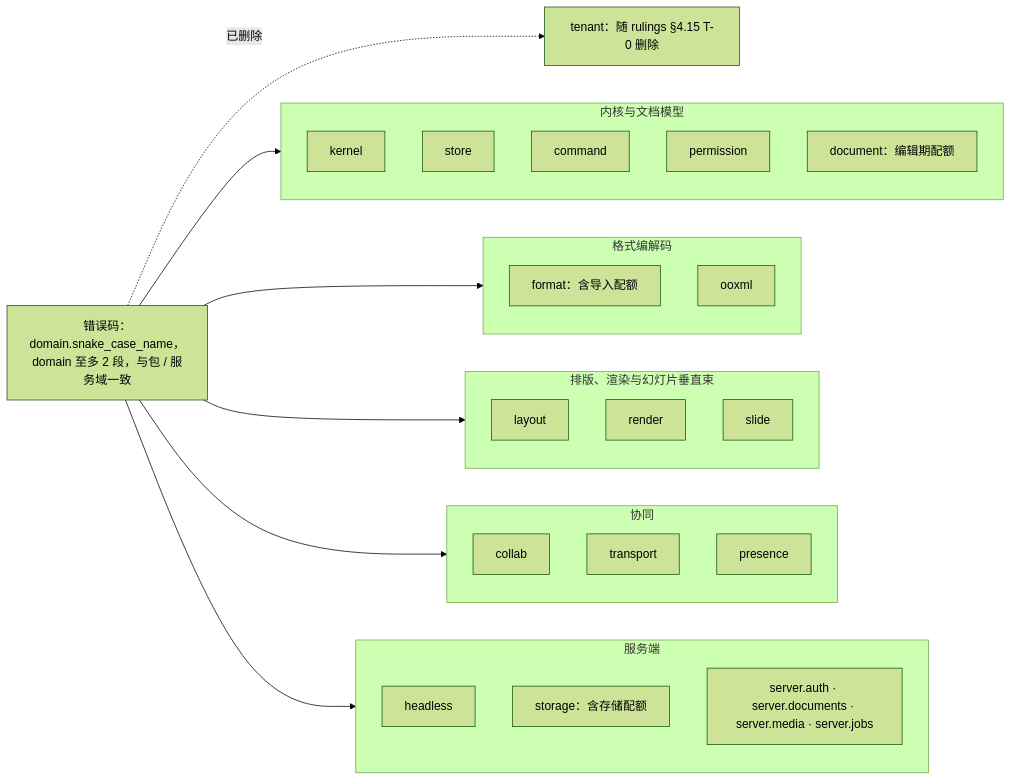
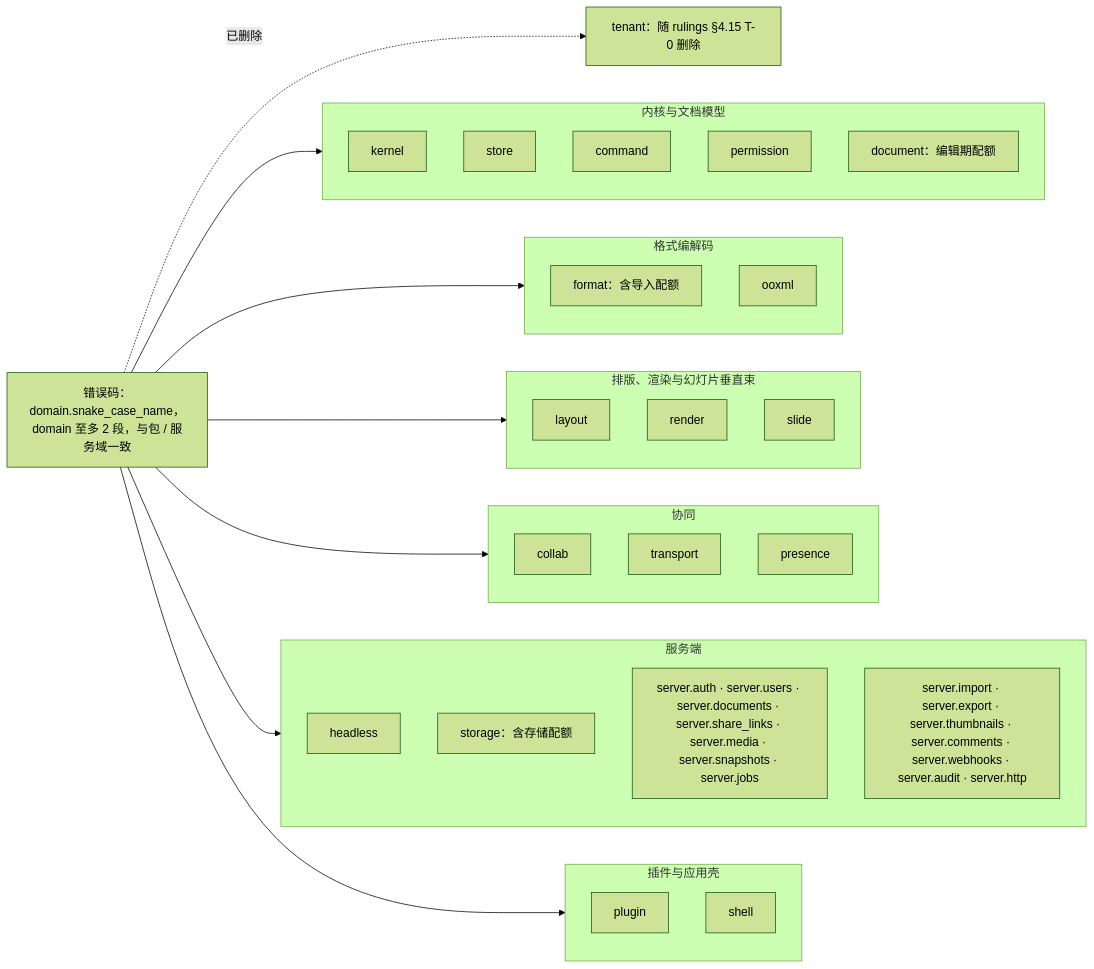
Before and after one commit to Xeonice/cordis-ppt-editor: the second of 8 diagrams in docs/30-architecture/10-observability-and-errors.md, drawn with Mermaid (forest theme). The commit also changed other lines of this file and 79 other files, not shown here.

````diff
--- a/docs/30-architecture/10-observability-and-errors.md
+++ b/docs/30-architecture/10-observability-and-errors.md
@@ -74,33 +74,38 @@
 ```mermaid
 flowchart LR
   code["错误码：domain.snake_case_name，domain 至多 2 段，与包 / 服务域一致"]
   subgraph coreG["内核与文档模型"]
     dKernel["kernel"]
     dStore["store"]
     dCommand["command"]
     dPermission["permission"]
     dDocument["document：编辑期配额"]
   end
   subgraph formatG["格式编解码"]
     dFormat["format：含导入配额"]
     dOoxml["ooxml"]
   end
   subgraph renderG["排版、渲染与幻灯片垂直束"]
     dLayout["layout"]
     dRender["render"]
     dSlide["slide"]
   end
   subgraph collabG["协同"]
     dCollab["collab"]
     dTransport["transport"]
     dPresence["presence"]
   end
   subgraph serverG["服务端"]
     dHeadless["headless"]
     dStorage["storage：含存储配额"]
-    dServer["server.auth · server.documents · server.media · server.jobs"]
+    dServer["server.auth · server.users · server.documents · server.share_links · server.media · server.snapshots · server.jobs"]
+    dServer2["server.import · server.export · server.thumbnails · server.comments · server.webhooks · server.audit · server.http"]
+  end
+  subgraph shellG["插件与应用壳"]
+    dPlugin["plugin"]
+    dShell["shell"]
   end
   removed["tenant：随 rulings §4.15 T-0 删除"]
-  code --> coreG & formatG & renderG & collabG & serverG
+  code --> coreG & formatG & renderG & collabG & serverG & shellG
   code -. "已删除" .-> removed
 ```
````
